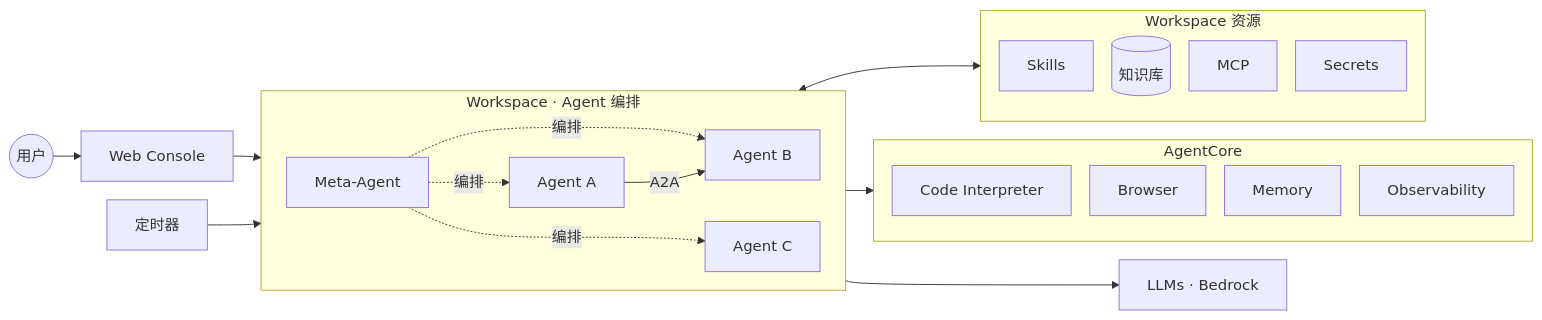
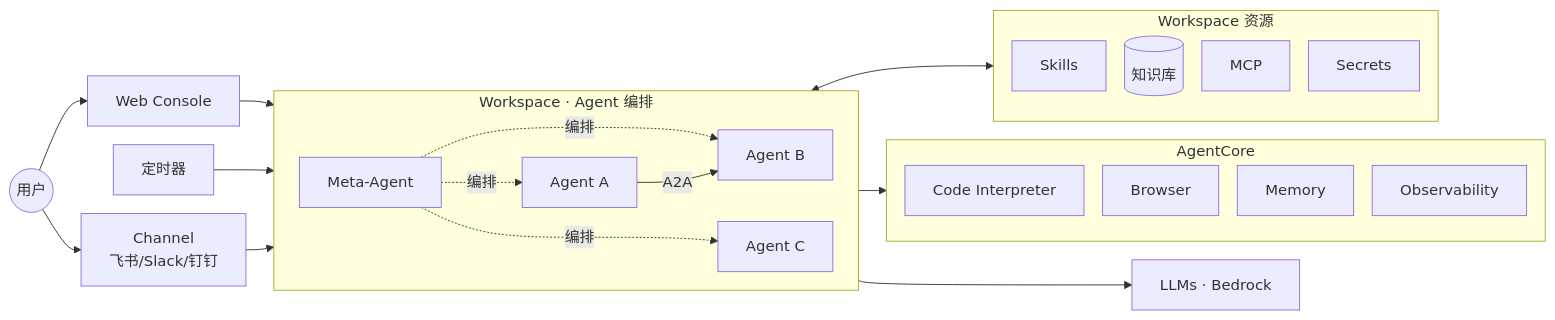
One commit to ddpie/agent-studio changed the first of 2 diagrams in README.md. Above: the diagram before and after it, drawn with Mermaid. The commit also changed other lines of this file, not shown here.

Commit message:
docs: add channel to architecture diagram and bilingual scenario section

````diff
--- a/README.md
+++ b/README.md
@@ -48,36 +49,37 @@
 ```mermaid
 %%{init: {'flowchart': {'nodeSpacing': 20, 'rankSpacing': 30}} }%%
 flowchart LR
     User((用户)) --> Web[Web Console]
-    Web & Cron[定时器] --> WS
+    User --> Ch[Channel<br/>飞书/Slack/钉钉]
+    Web & Cron[定时器] & Ch --> WS
 
     subgraph WS["Workspace · Agent 编排"]
         direction LR
         Meta[Meta-Agent] -.编排.-> A1 & A2 & A3
         A1[Agent A] -->|A2A| A2[Agent B]
         A3[Agent C]
         A1 ~~~ A3
     end
 
     subgraph Res["Workspace 资源"]
         direction TB
         S[Skills]
         K[(知识库)]
         M[MCP]
         Se[Secrets]
     end
 
     subgraph AC[AgentCore]
         direction TB
         CI[Code Interpreter]
         B[Browser]
         Me[Memory]
         O[Observability]
     end
 
     LLM[LLMs · Bedrock]
 
     WS <--> Res
     WS --> AC
     WS --> LLM
 ```
````
